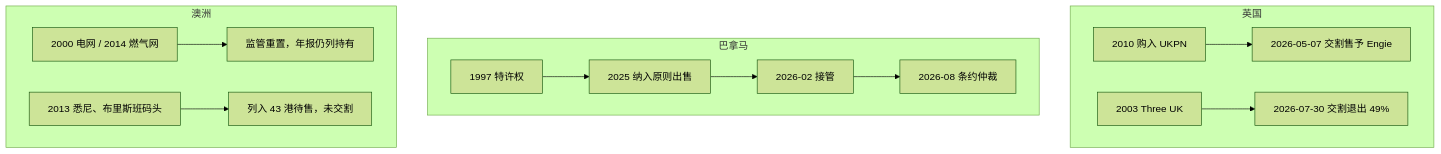
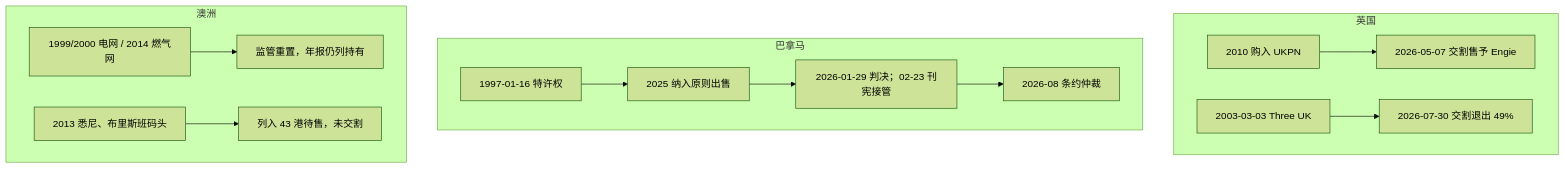
One commit to xiaxinyu/knowledge_base changed the first of 3 diagrams in 50-strategy/53-li-ka-shing-capital-allocation-treatise.md. Above: the diagram before and after it, drawn with Mermaid (forest theme). The commit also changed other lines of this file, not shown here.

Commit message:
review timeline

````diff
--- a/50-strategy/53-li-ka-shing-capital-allocation-treatise.md
+++ b/50-strategy/53-li-ka-shing-capital-allocation-treatise.md
@@ -154,17 +154,17 @@
 ```mermaid
 %% 图 1 英／巴／澳三条地理线（截至 2026-08-24）
 flowchart TB
   subgraph UK["英国"]
     U1["2010 购入 UKPN"] --> U2["2026-05-07 交割售予 Engie"]
-    U3["2003 Three UK"] --> U4["2026-07-30 交割退出 49%"]
+    U3["2003-03-03 Three UK"] --> U4["2026-07-30 交割退出 49%"]
   end
   subgraph PA["巴拿马"]
-    P1["1997 特许权"] --> P2["2025 纳入原则出售"]
-    P2 --> P3["2026-02 接管"]
+    P1["1997-01-16 特许权"] --> P2["2025 纳入原则出售"]
+    P2 --> P3["2026-01-29 判决；02-23 刊宪接管"]
     P3 --> P4["2026-08 条约仲裁"]
   end
   subgraph AU["澳洲"]
-    A1["2000 电网 / 2014 燃气网"] --> A2["监管重置，年报仍列持有"]
+    A1["1999/2000 电网 / 2014 燃气网"] --> A2["监管重置，年报仍列持有"]
     A3["2013 悉尼、布里斯班码头"] --> A4["列入 43 港待售，未交割"]
   end
 ```
````
